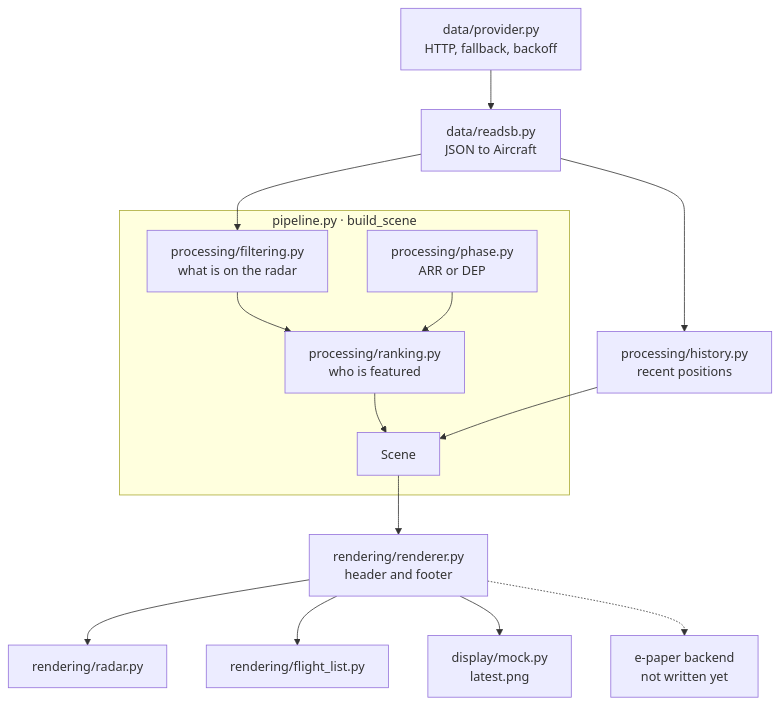
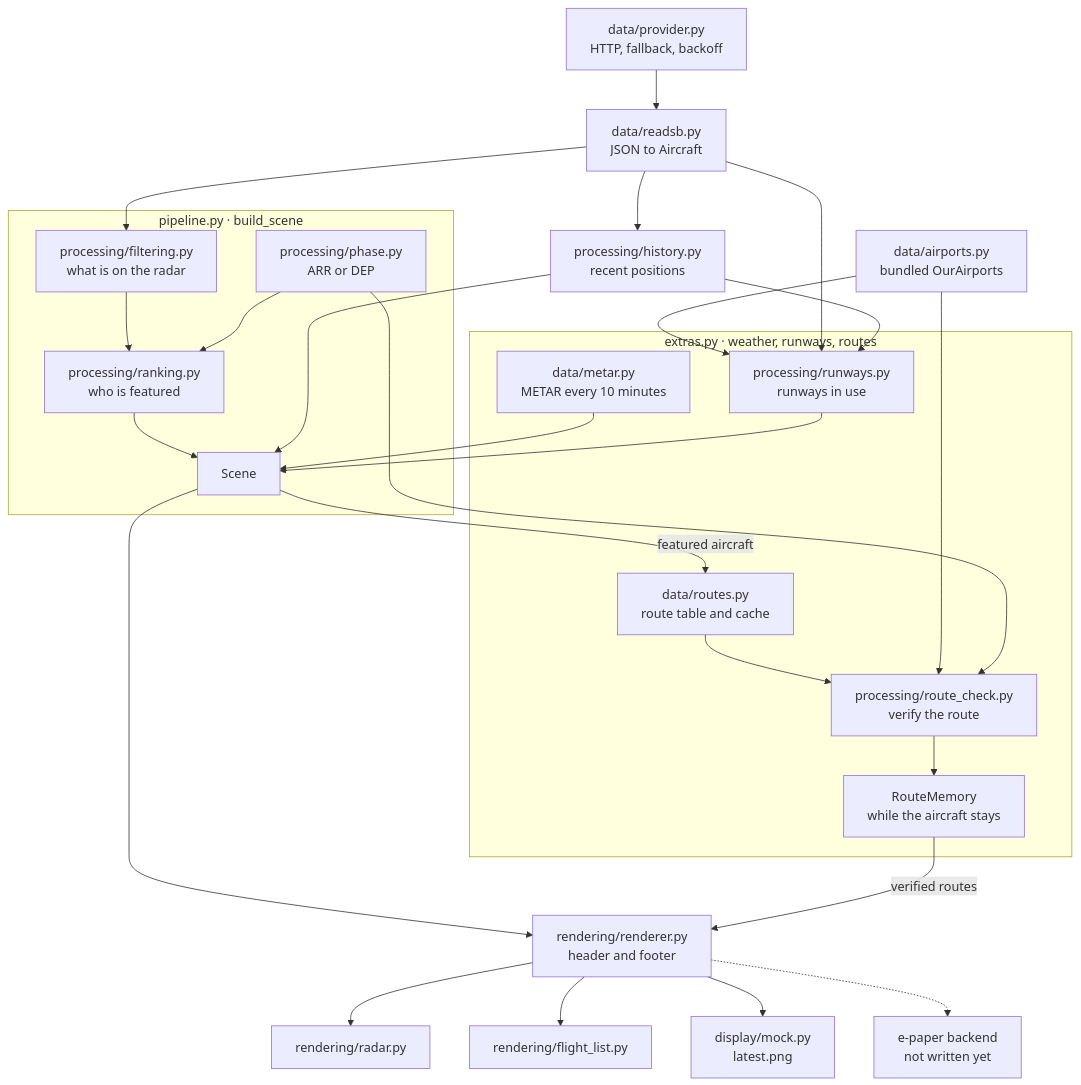
Before and after one commit to nandometzger/zurich-air: the second of 4 diagrams in docs/how-it-works.md, drawn with Mermaid. The commit also changed other lines of this file and 1 other file, not shown here.

First line of the commit message:
Explain the runways in use, route checks and weather

````diff
--- a/docs/how-it-works.md
+++ b/docs/how-it-works.md
@@ -46,17 +56,32 @@
 ```mermaid
 flowchart TD
     PR["data/provider.py<br/>HTTP, fallback, backoff"] --> RS["data/readsb.py<br/>JSON to Aircraft"]
     RS --> HI["processing/history.py<br/>recent positions"]
     subgraph SB ["pipeline.py · build_scene"]
         FI["processing/filtering.py<br/>what is on the radar"] --> RK["processing/ranking.py<br/>who is featured"]
         PH["processing/phase.py<br/>ARR or DEP"] --> RK
         RK --> SC["Scene"]
     end
+    subgraph EX ["extras.py · weather, runways, routes"]
+        MT["data/metar.py<br/>METAR every 10 minutes"]
+        RW["processing/runways.py<br/>runways in use"]
+        RT["data/routes.py<br/>route table and cache"] --> VR["processing/route_check.py<br/>verify the route"]
+        VR --> RM["RouteMemory<br/>while the aircraft stays"]
+    end
+    AP["data/airports.py<br/>bundled OurAirports"] --> RW
+    AP --> VR
     RS --> FI
+    RS --> RW
+    HI --> RW
     HI --> SC
+    MT --> SC
+    RW --> SC
+    PH --> VR
     SC --> RE["rendering/renderer.py<br/>header and footer"]
+    SC -->|"featured aircraft"| RT
+    RM -->|"verified routes"| RE
     RE --> RA["rendering/radar.py"]
     RE --> FL["rendering/flight_list.py"]
     RE --> MO["display/mock.py<br/>latest.png"]
     RE -.-> EB["e-paper backend<br/>not written yet"]
 ```
````
